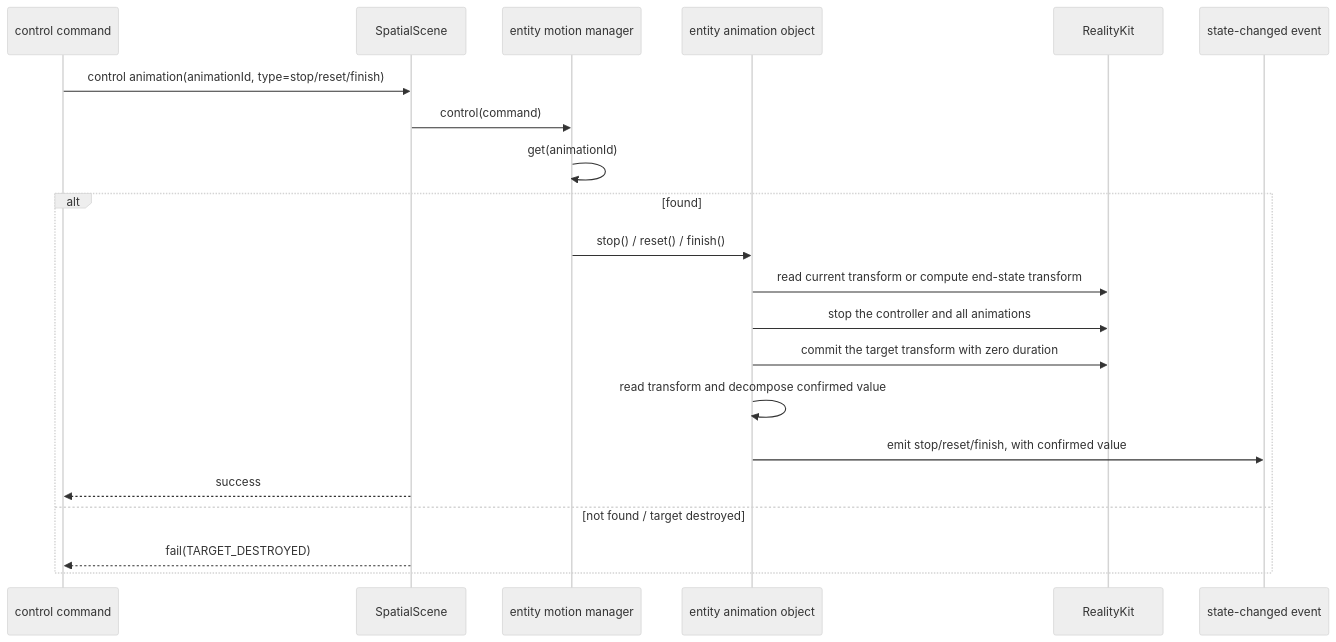
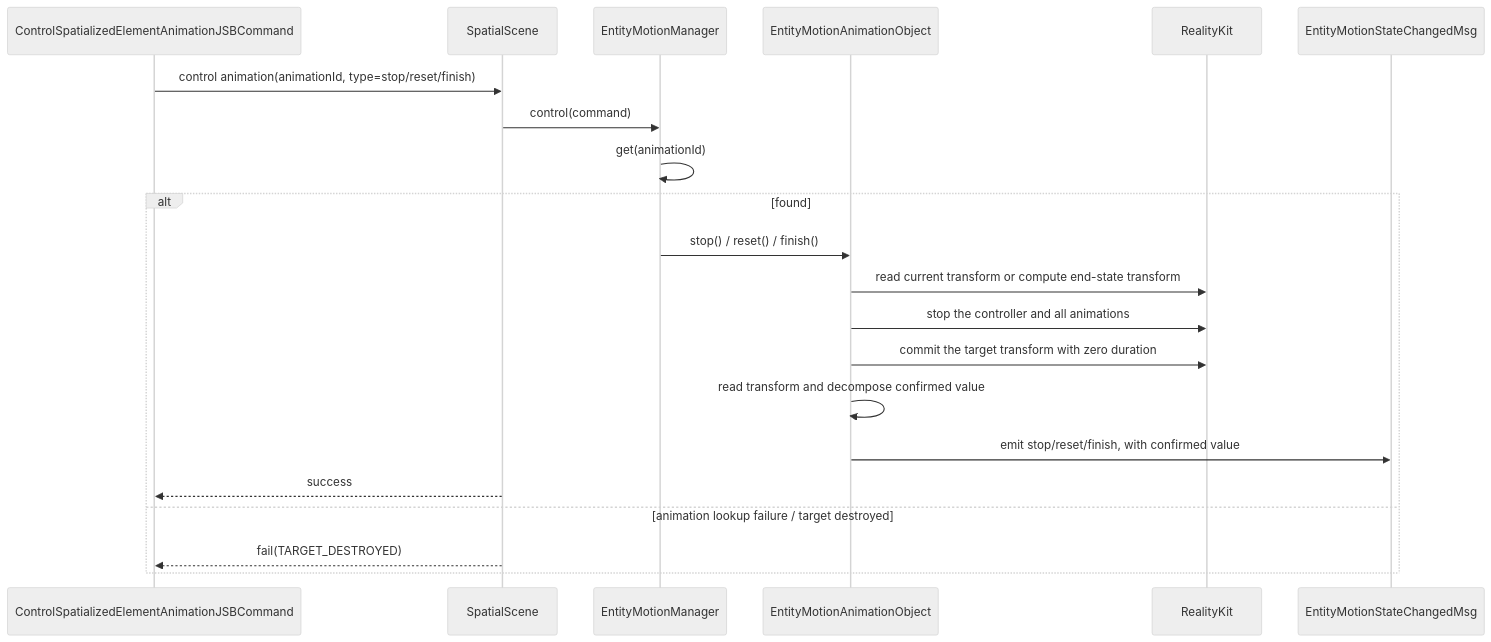
Before and after one commit to webspatial/webspatial-sdk: diagram 13 of 14 in openspec/changes/redesign-entity-motion-api/design.md, drawn with Mermaid (neutral theme). The commit also changed other lines of this file and 3 other files, not shown here.

Commit message:
update spec structure and diagram

````diff
--- a/openspec/changes/redesign-entity-motion-api/design.md
+++ b/openspec/changes/redesign-entity-motion-api/design.md
@@ -858,24 +972,24 @@
 ```mermaid
 sequenceDiagram
-    participant JSB as control command
+    participant JSB as ControlSpatializedElementAnimationJSBCommand
     participant Scene as SpatialScene
-    participant Manager as entity motion manager
-    participant Obj as entity animation object
+    participant Manager as EntityMotionManager
+    participant Obj as EntityMotionAnimationObject
     participant RK as RealityKit
-    participant Event as state-changed event
+    participant Event as EntityMotionStateChangedMsg
 
     JSB->>Scene: control animation(animationId, type=stop/reset/finish)
     Scene->>Manager: control(command)
     Manager->>Manager: get(animationId)
     alt found
         Manager->>Obj: stop() / reset() / finish()
         Obj->>RK: read current transform or compute end-state transform
         Obj->>RK: stop the controller and all animations
         Obj->>RK: commit the target transform with zero duration
         Obj->>Obj: read transform and decompose confirmed value
         Obj->>Event: emit stop/reset/finish, with confirmed value
         Scene-->>JSB: success
-    else not found / target destroyed
+    else animation lookup failure / target destroyed
         Scene-->>JSB: fail(TARGET_DESTROYED)
     end
 ```
````
